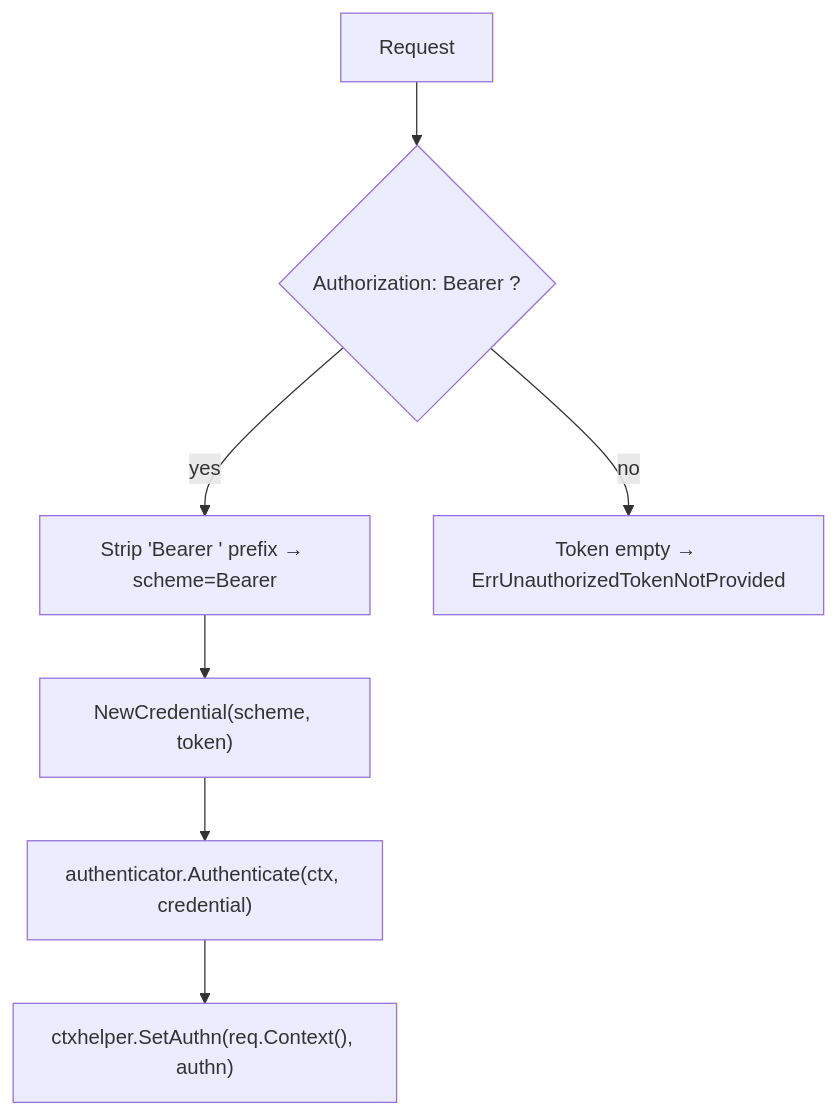
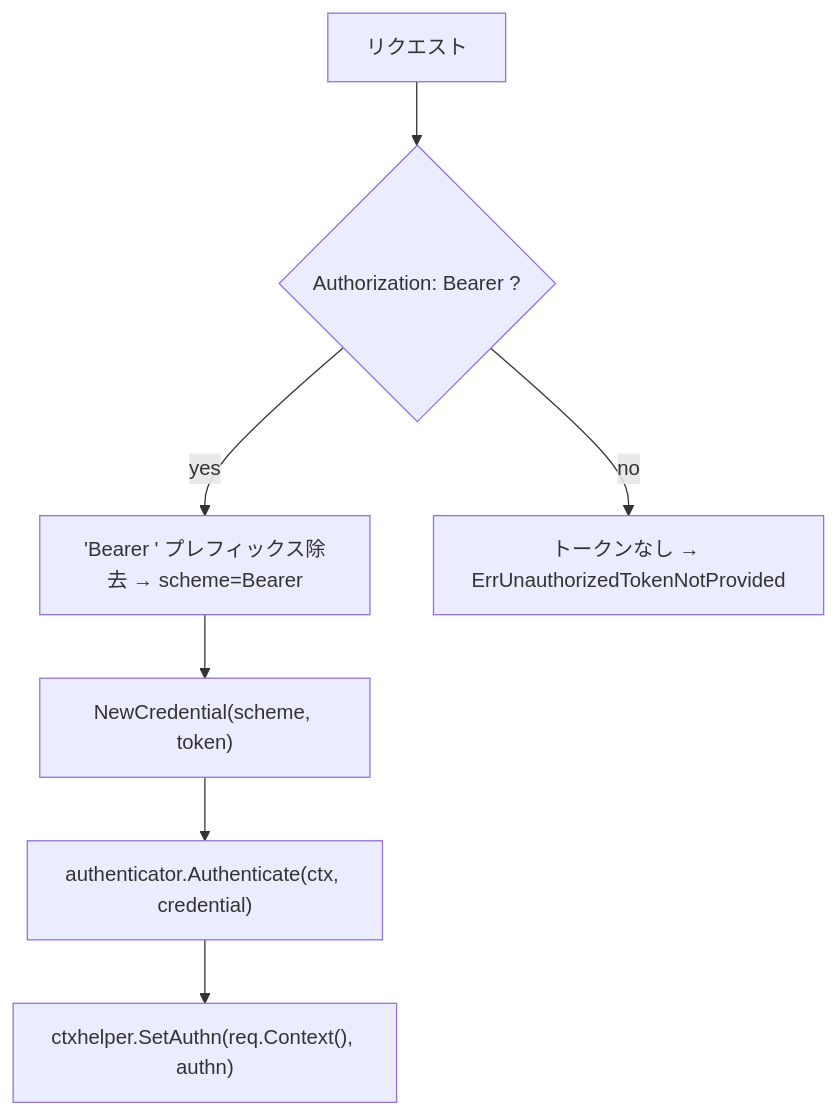
Before and after one commit to Tomy-ch/go-boilerplate: the first of 2 diagrams in internal/controller/httpstack/oapi/auth/README.md, drawn with Mermaid. The commit also changed other lines of this file and 970 other files, not shown here.

````diff
--- a/internal/controller/httpstack/oapi/auth/README.md
+++ b/internal/controller/httpstack/oapi/auth/README.md
@@ -7,15 +7,15 @@
 ```mermaid
 flowchart TB
-    Start["Request"]
+    Start["リクエスト"]
     IsBearer{"Authorization: Bearer <token>?"}
-    StripBearer["Strip 'Bearer ' prefix → scheme=Bearer"]
-    NoToken["Token empty → ErrUnauthorizedTokenNotProvided"]
+    StripBearer["'Bearer ' プレフィックス除去 → scheme=Bearer"]
+    NoToken["トークンなし → ErrUnauthorizedTokenNotProvided"]
     Credential["NewCredential(scheme, token)"]
     Authenticate["authenticator.Authenticate(ctx, credential)"]
     StoreAuthn["ctxhelper.SetAuthn(req.Context(), authn)"]
 
     Start --> IsBearer
     IsBearer -- yes --> StripBearer --> Credential
     IsBearer -- no --> NoToken
     Credential --> Authenticate --> StoreAuthn
 ```
````
